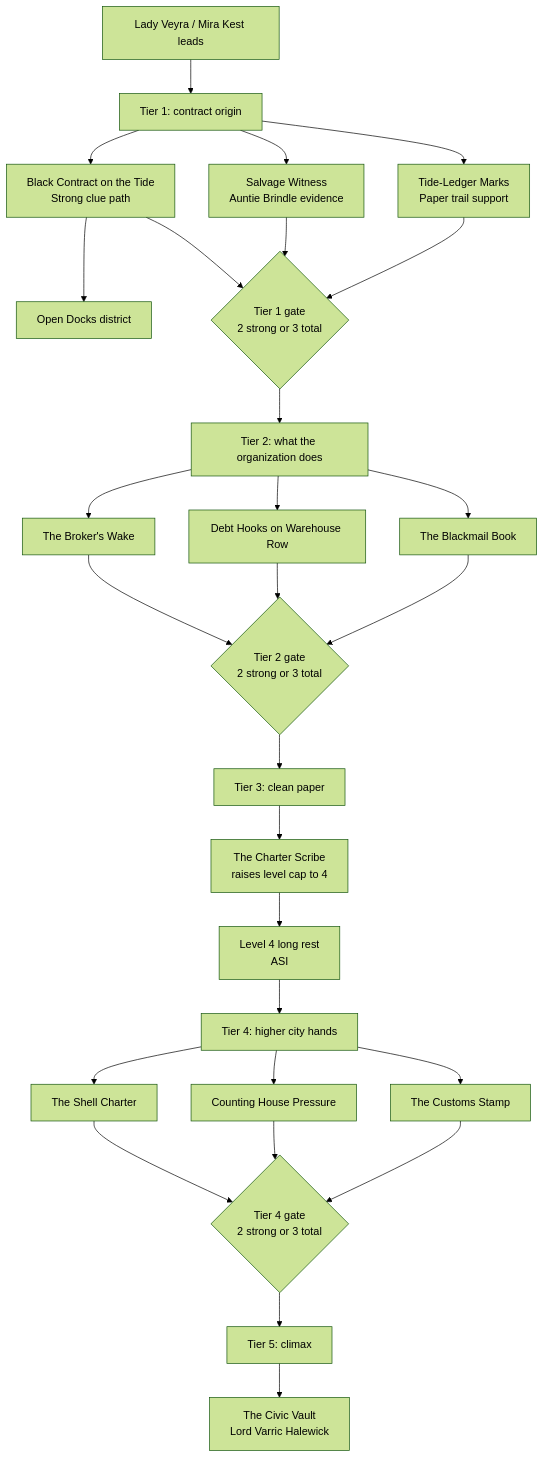
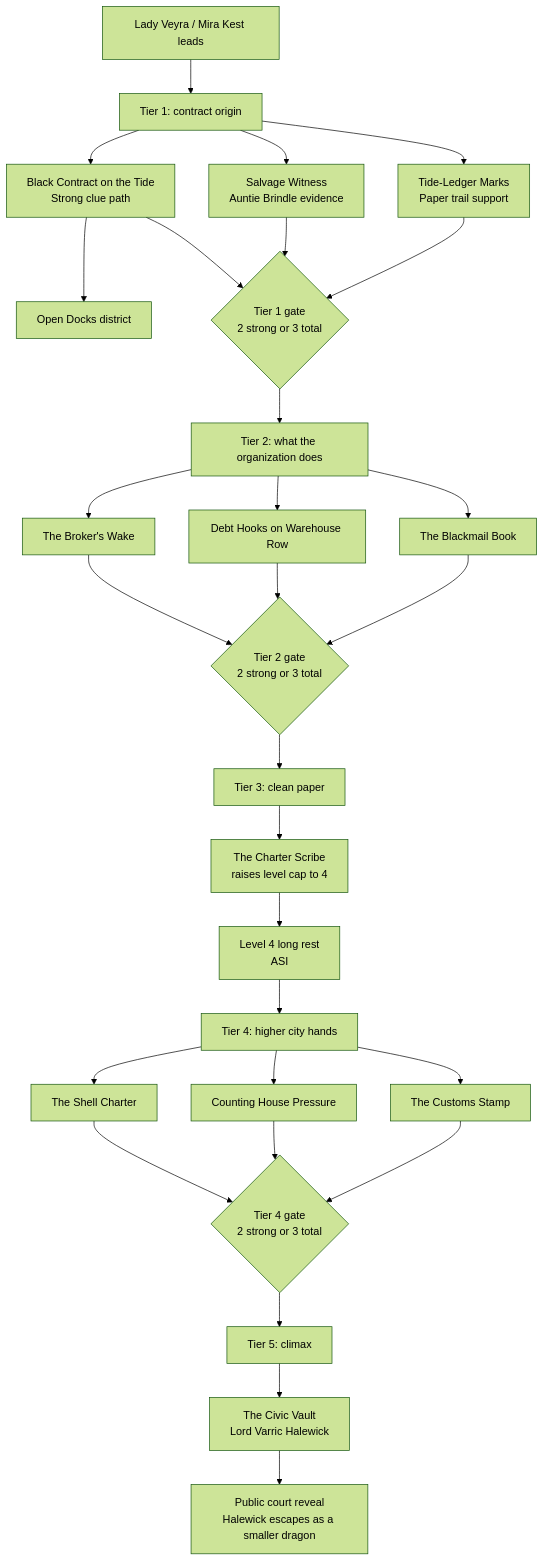
The fourth of 4 diagrams in docs/visual-story-progression.md (JesperYH24/dnd-git-adventure), drawn with Mermaid (forest theme) before and after one commit. The commit also changed other lines of this file and 6 other files, not shown here.

Commit message:
Update docs for Halewick reveal

````diff
--- a/docs/visual-story-progression.md
+++ b/docs/visual-story-progression.md
@@ -78,34 +79,35 @@
 ```mermaid
 flowchart TD
     Lead["Lady Veyra / Mira Kest leads"] --> T1["Tier 1: contract origin"]
     T1 --> BlackContract["Black Contract on the Tide\nStrong clue path"]
     T1 --> SalvageWitness["Salvage Witness\nAuntie Brindle evidence"]
     T1 --> TideMarks["Tide-Ledger Marks\nPaper trail support"]
     BlackContract --> DocksOpen["Open Docks district"]
     SalvageWitness --> T1Gate{"Tier 1 gate\n2 strong or 3 total"}
     TideMarks --> T1Gate
     BlackContract --> T1Gate
 
     T1Gate --> T2["Tier 2: what the organization does"]
     T2 --> BrokerWake["The Broker's Wake"]
     T2 --> DebtHooks["Debt Hooks on Warehouse Row"]
     T2 --> BlackmailBook["The Blackmail Book"]
     BrokerWake --> T2Gate{"Tier 2 gate\n2 strong or 3 total"}
     DebtHooks --> T2Gate
     BlackmailBook --> T2Gate
 
     T2Gate --> T3["Tier 3: clean paper"]
     T3 --> CharterScribe["The Charter Scribe\nraises level cap to 4"]
     CharterScribe --> ASI["Level 4 long rest\nASI"]
 
     ASI --> T4["Tier 4: higher city hands"]
     T4 --> ShellCharter["The Shell Charter"]
     T4 --> CountingHouse["Counting House Pressure"]
     T4 --> CustomsStamp["The Customs Stamp"]
     ShellCharter --> T4Gate{"Tier 4 gate\n2 strong or 3 total"}
     CountingHouse --> T4Gate
     CustomsStamp --> T4Gate
 
     T4Gate --> T5["Tier 5: climax"]
     T5 --> CivicVault["The Civic Vault\nLord Varric Halewick"]
+    CivicVault --> DragonEscape["Public court reveal\nHalewick escapes as a smaller dragon"]
 ```
````
